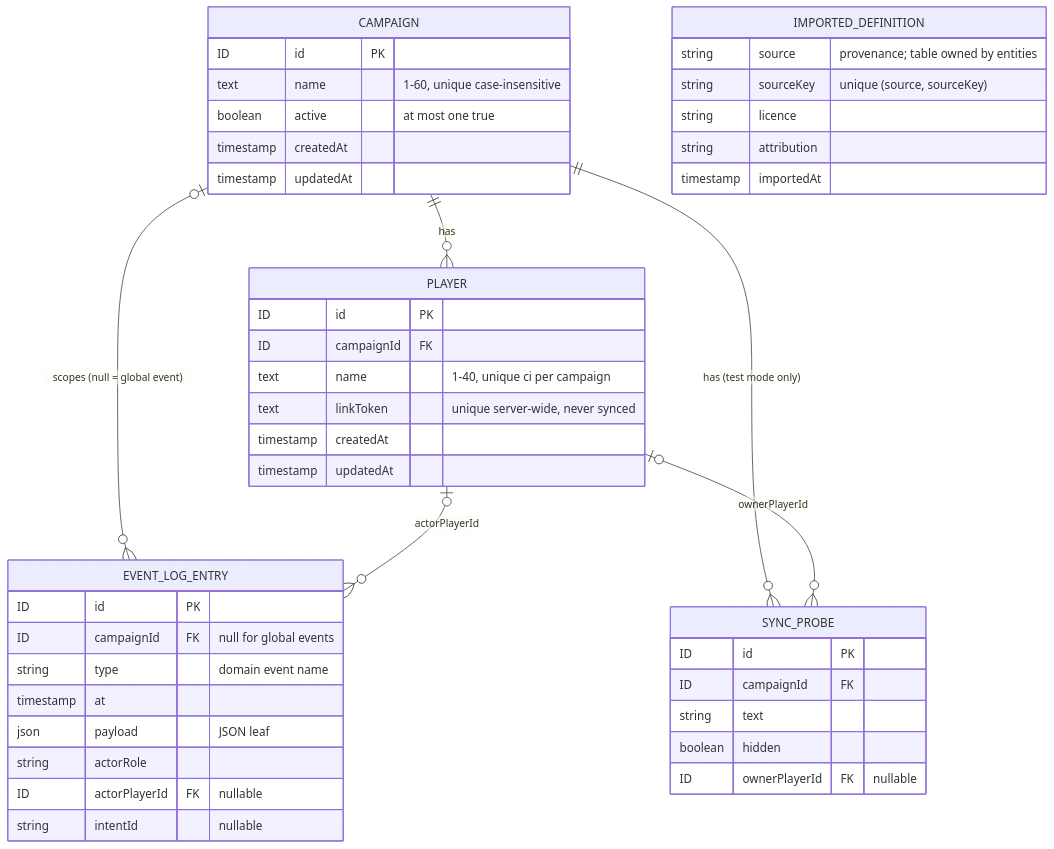
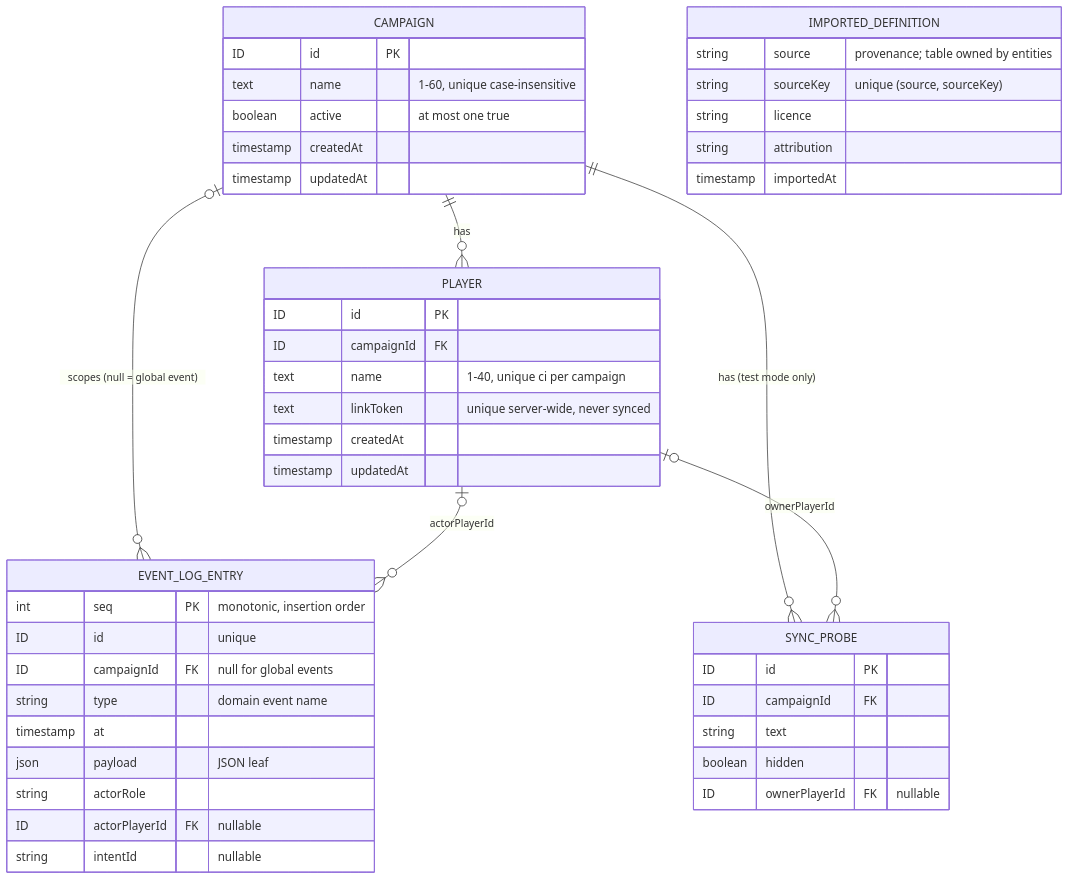
One commit to szymonbalasz/pocket-plane changed the diagram in docs/data-model/README.md. Above: the diagram before and after it, drawn with Mermaid. The commit also changed other lines of this file and 2 other files, not shown here.

````diff
--- a/docs/data-model/README.md
+++ b/docs/data-model/README.md
@@ -29,47 +30,48 @@
 ```mermaid
 erDiagram
   CAMPAIGN ||--o{ PLAYER : has
   CAMPAIGN |o--o{ EVENT_LOG_ENTRY : "scopes (null = global event)"
   PLAYER |o--o{ EVENT_LOG_ENTRY : "actorPlayerId"
   CAMPAIGN ||--o{ SYNC_PROBE : "has (test mode only)"
   PLAYER |o--o{ SYNC_PROBE : "ownerPlayerId"
   CAMPAIGN {
     ID id PK
     text name "1-60, unique case-insensitive"
     boolean active "at most one true"
     timestamp createdAt
     timestamp updatedAt
   }
   PLAYER {
     ID id PK
     ID campaignId FK
     text name "1-40, unique ci per campaign"
     text linkToken "unique server-wide, never synced"
     timestamp createdAt
     timestamp updatedAt
   }
   EVENT_LOG_ENTRY {
-    ID id PK
+    int seq PK "monotonic, insertion order"
+    ID id "unique"
     ID campaignId FK "null for global events"
     string type "domain event name"
     timestamp at
     json payload "JSON leaf"
     string actorRole
     ID actorPlayerId FK "nullable"
     string intentId "nullable"
   }
   SYNC_PROBE {
     ID id PK
     ID campaignId FK
     string text
     boolean hidden
     ID ownerPlayerId FK "nullable"
   }
   IMPORTED_DEFINITION {
     string source "provenance; table owned by entities"
     string sourceKey "unique (source, sourceKey)"
     string licence
     string attribution
     timestamp importedAt
   }
 ```
````
